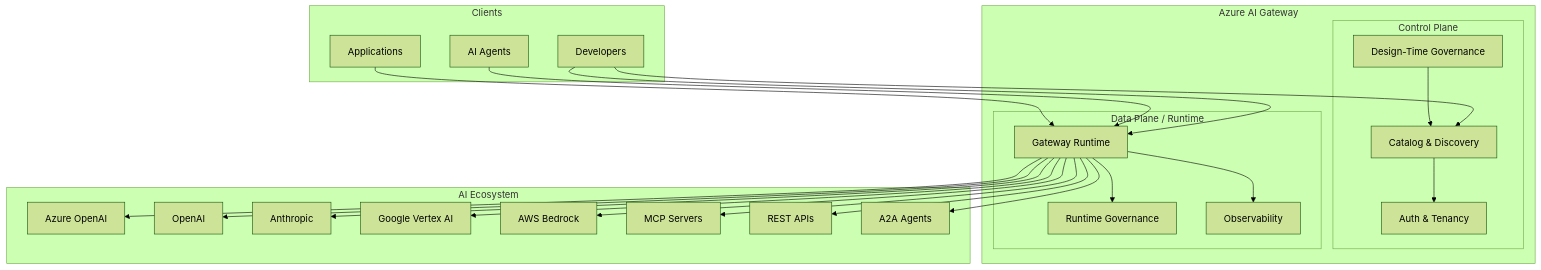
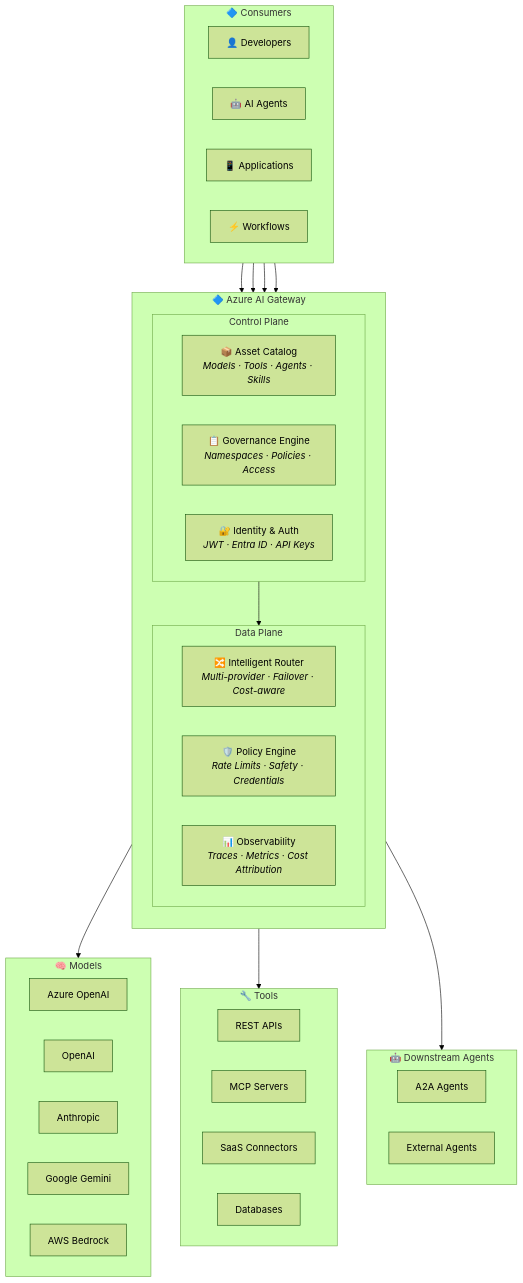
The diagram in README.md (anishtallapureddy/standalone-ai-gateway), drawn with Mermaid (forest theme) before and after one commit. The commit also changed other lines of this file and 5 other files, not shown here.

First line of the commit message:
Add portal screenshots and refine architecture diagram

````diff
--- a/README.md
+++ b/README.md
@@ -40,52 +67,61 @@
 ```mermaid
 graph TB
-    subgraph Clients
-        DEV[Developers]
-        AGENT[AI Agents]
-        APP[Applications]
+    subgraph Consumers["🔷 Consumers"]
+        direction LR
+        DEV["👤 Developers"]
+        AGENT["🤖 AI Agents"]
+        APP["📱 Applications"]
+        WF["⚡ Workflows"]
     end
 
-    subgraph "Azure AI Gateway"
-        subgraph "Control Plane"
-            CAT[Catalog & Discovery]
-            GOV_DT[Design-Time Governance]
-            AUTH[Auth & Tenancy]
+    subgraph Gateway["🔷 Azure AI Gateway"]
+        direction TB
+
+        subgraph ControlPlane["Control Plane"]
+            direction LR
+            CAT["📦 Asset Catalog<br/><i>Models · Tools · Agents · Skills</i>"]
+            GOV_DT["📋 Governance Engine<br/><i>Namespaces · Policies · Access</i>"]
+            IDM["🔐 Identity & Auth<br/><i>JWT · Entra ID · API Keys</i>"]
         end
 
-        subgraph "Data Plane / Runtime"
-            GW[Gateway Runtime]
-            GOV_RT[Runtime Governance]
-            OBS[Observability]
+        subgraph DataPlane["Data Plane"]
+            direction LR
+            ROUTE["🔀 Intelligent Router<br/><i>Multi-provider · Failover · Cost-aware</i>"]
+            POLICY["🛡️ Policy Engine<br/><i>Rate Limits · Safety · Credentials</i>"]
+            OBS["📊 Observability<br/><i>Traces · Metrics · Cost Attribution</i>"]
         end
     end
 
-    subgraph "AI Ecosystem"
-        AOAI[Azure OpenAI]
-        OAI[OpenAI]
-        ANT[Anthropic]
-        GEM[Google Vertex AI]
-        BED[AWS Bedrock]
-        MCP[MCP Servers]
-        API[REST APIs]
-        A2A[A2A Agents]
+    subgraph Models["🧠 Models"]
+        direction LR
+        AOAI["Azure OpenAI"]
+        OAI["OpenAI"]
+        ANT["Anthropic"]
+        GEM["Google Gemini"]
+        BED["AWS Bedrock"]
     end
 
-    DEV --> CAT
-    DEV --> GW
-    AGENT --> GW
-    APP --> GW
+    subgraph Tools["🔧 Tools"]
+        direction LR
+        API["REST APIs"]
+        MCP["MCP Servers"]
+        SAAS["SaaS Connectors"]
+        DB["Databases"]
+    end
 
-    CAT --> AUTH
-    GOV_DT --> CAT
+    subgraph Agents["🤖 Downstream Agents"]
+        direction LR
+        A2A["A2A Agents"]
+        EXT["External Agents"]
+    end
 
-    GW --> GOV_RT
-    GW --> OBS
-    GW --> AOAI
-    GW --> OAI
-    GW --> ANT
-    GW --> GEM
-    GW --> BED
-    GW --> MCP
-    GW --> API
-    GW --> A2A
+    DEV --> ControlPlane
+    AGENT --> DataPlane
+    APP --> DataPlane
+    WF --> DataPlane
+
+    ControlPlane --> DataPlane
+    ROUTE --> Models
+    ROUTE --> Tools
+    ROUTE --> Agents
 ```
````
